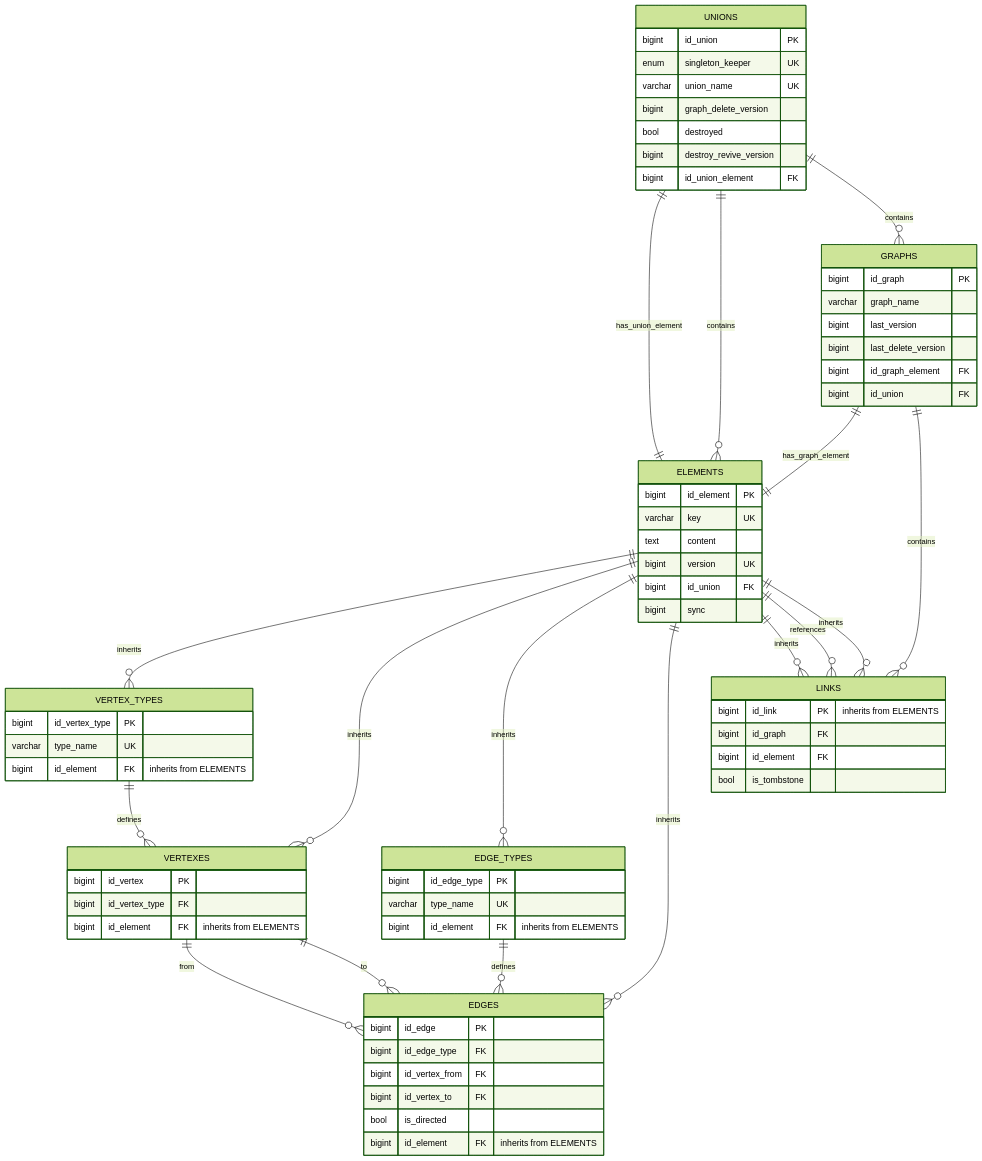
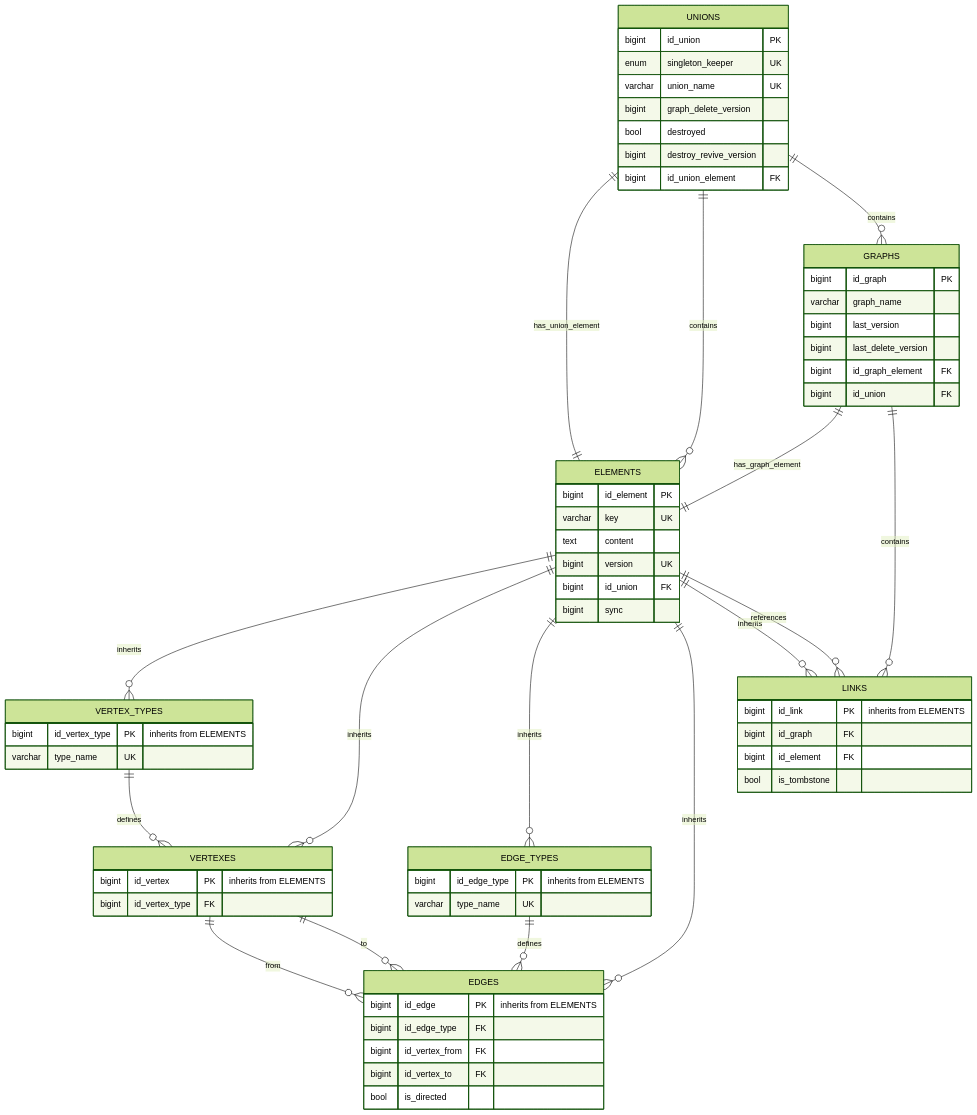
Before and after one commit to flower-org/ViUn: the diagram in ViUn source DB (legacy).md, drawn with Mermaid (forest theme).

Commit message:
Update ViUn source DB (legacy).md

````diff
--- a/ViUn source DB (legacy).md
+++ b/ViUn source DB (legacy).md
@@ -5,80 +5,75 @@
 ```mermaid
 erDiagram
     UNIONS ||--|| ELEMENTS : "has_union_element"
     UNIONS ||--o{ ELEMENTS : contains
     UNIONS ||--o{ GRAPHS : contains
     UNIONS {
         bigint id_union PK
         enum singleton_keeper UK
         varchar union_name UK
         bigint graph_delete_version
         bool destroyed
         bigint destroy_revive_version
         bigint id_union_element FK
     }
 
     ELEMENTS ||--o{ VERTEX_TYPES : "inherits"
     ELEMENTS ||--o{ VERTEXES : "inherits"
     ELEMENTS ||--o{ EDGE_TYPES : "inherits"
     ELEMENTS ||--o{ EDGES : "inherits"
     ELEMENTS ||--o{ LINKS : "inherits"
     ELEMENTS ||--o{ LINKS : references
     ELEMENTS {
         bigint id_element PK
         varchar key UK
         text content
         bigint version UK
         bigint id_union FK
         bigint sync
     }
 
     VERTEX_TYPES ||--o{ VERTEXES : "defines"
     VERTEX_TYPES {
-        bigint id_vertex_type PK
+        bigint id_vertex_type PK "inherits from ELEMENTS"
         varchar type_name UK
-        bigint id_element FK "inherits from ELEMENTS"
     }
 
     VERTEXES ||--o{ EDGES : "from"
     VERTEXES ||--o{ EDGES : "to"
     VERTEXES {
-        bigint id_vertex PK
+        bigint id_vertex PK "inherits from ELEMENTS"
         bigint id_vertex_type FK
-        bigint id_element FK "inherits from ELEMENTS"
     }
 
     EDGE_TYPES {
-        bigint id_edge_type PK
+        bigint id_edge_type PK "inherits from ELEMENTS"
         varchar type_name UK
-        bigint id_element FK "inherits from ELEMENTS"
     }
 
     EDGE_TYPES ||--o{ EDGES : "defines"
     EDGES {
-        bigint id_edge PK
+        bigint id_edge PK "inherits from ELEMENTS"
         bigint id_edge_type FK
         bigint id_vertex_from FK
         bigint id_vertex_to FK
         bool is_directed
-        bigint id_element FK "inherits from ELEMENTS"
     }
 
     GRAPHS ||--|| ELEMENTS : "has_graph_element"
     GRAPHS ||--o{ LINKS : contains
     GRAPHS {
         bigint id_graph PK
         varchar graph_name
         bigint last_version
         bigint last_delete_version
         bigint id_graph_element FK
         bigint id_union FK
     }
 
-    ELEMENTS ||--o{ LINKS : "inherits"
     LINKS {
         bigint id_link PK "inherits from ELEMENTS"
         bigint id_graph FK
         bigint id_element FK
         bool is_tombstone
     }
 ```
````
